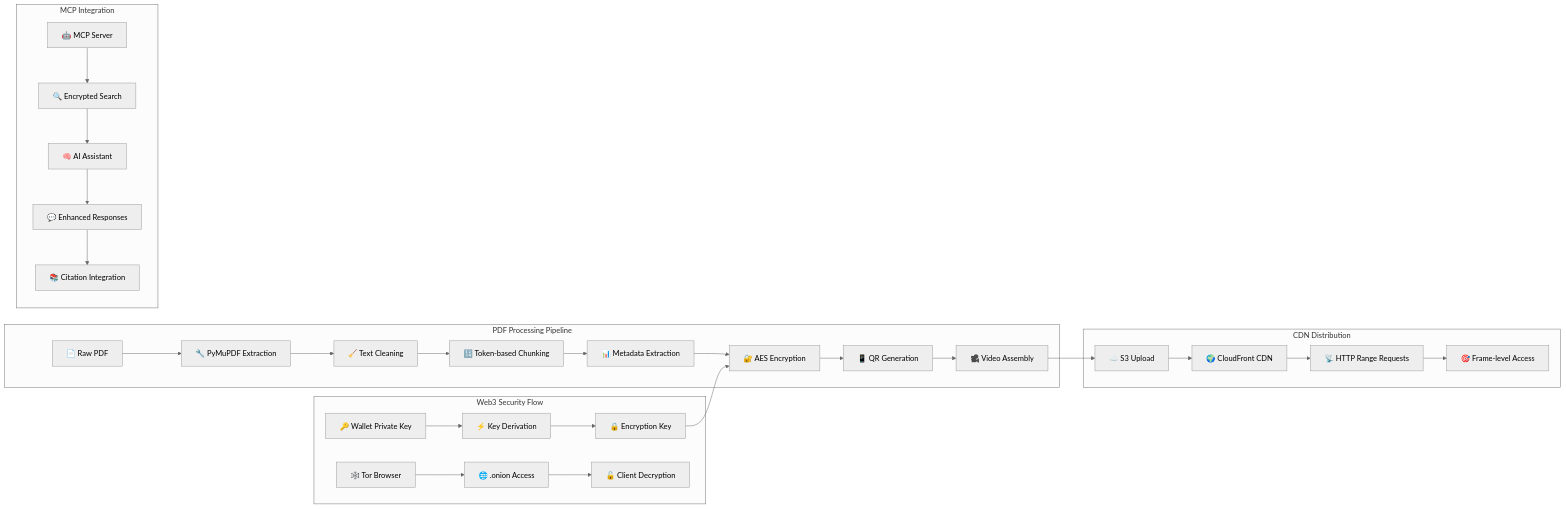
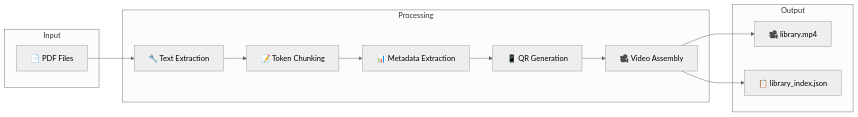
One commit to entira/elibrary changed the diagram in README.md. Above: the diagram before and after it, drawn with Mermaid (neutral theme). The commit also changed other lines of this file and 1 other file, not shown here.

````diff
--- a/README.md
+++ b/README.md
@@ -94,34 +66,27 @@
 ```mermaid
 graph LR
-    subgraph "PDF Processing Pipeline"
-        A[📄 Raw PDF] --> B[🔧 PyMuPDF Extraction]
-        B --> C[🧹 Text Cleaning]
-        C --> D[🔢 Token-based Chunking]
-        D --> E[📊 Metadata Extraction]
-        E --> F[🔐 AES Encryption]
-        F --> G[📱 QR Generation]
-        G --> H[🎥 Video Assembly]
+    subgraph "Input"
+        PDF[📄 PDF Files]
     end
     
-    subgraph "Web3 Security Flow"
-        I[🔑 Wallet Private Key] --> J[⚡ Key Derivation]
-        J --> K[🔒 Encryption Key]
-        K --> F
-        L[🕸️ Tor Browser] --> M[🌐 .onion Access]
-        M --> N[🔓 Client Decryption]
+    subgraph "Processing"
+        EXTRACT[🔧 Text Extraction]
+        CHUNK[📝 Token Chunking]
+        META[📊 Metadata Extraction]
+        QR[📱 QR Generation]
+        VIDEO[🎥 Video Assembly]
     end
     
-    subgraph "CDN Distribution"
-        H --> O[☁️ S3 Upload]
-        O --> P[🌍 CloudFront CDN]
-        P --> Q[📡 HTTP Range Requests]
-        Q --> R[🎯 Frame-level Access]
+    subgraph "Output"
+        VID[🎥 library.mp4]
+        INDEX[📋 library_index.json]
     end
     
-    subgraph "MCP Integration"
-        S[🤖 MCP Server] --> T[🔍 Encrypted Search]
-        T --> U[🧠 AI Assistant]
-        U --> V[💬 Enhanced Responses]
-        V --> W[📚 Citation Integration]
-    end
+    PDF --> EXTRACT
+    EXTRACT --> CHUNK
+    CHUNK --> META
+    META --> QR
+    QR --> VIDEO
+    VIDEO --> VID
+    VIDEO --> INDEX
 ```
````
